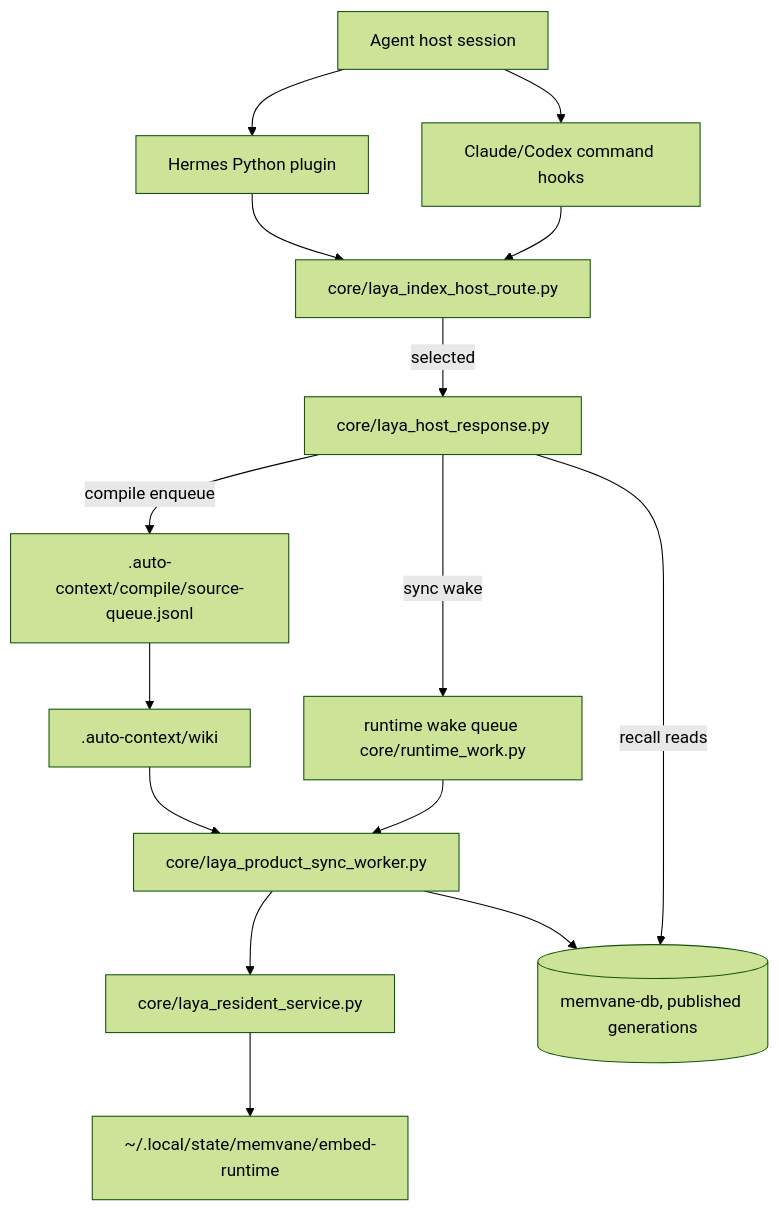
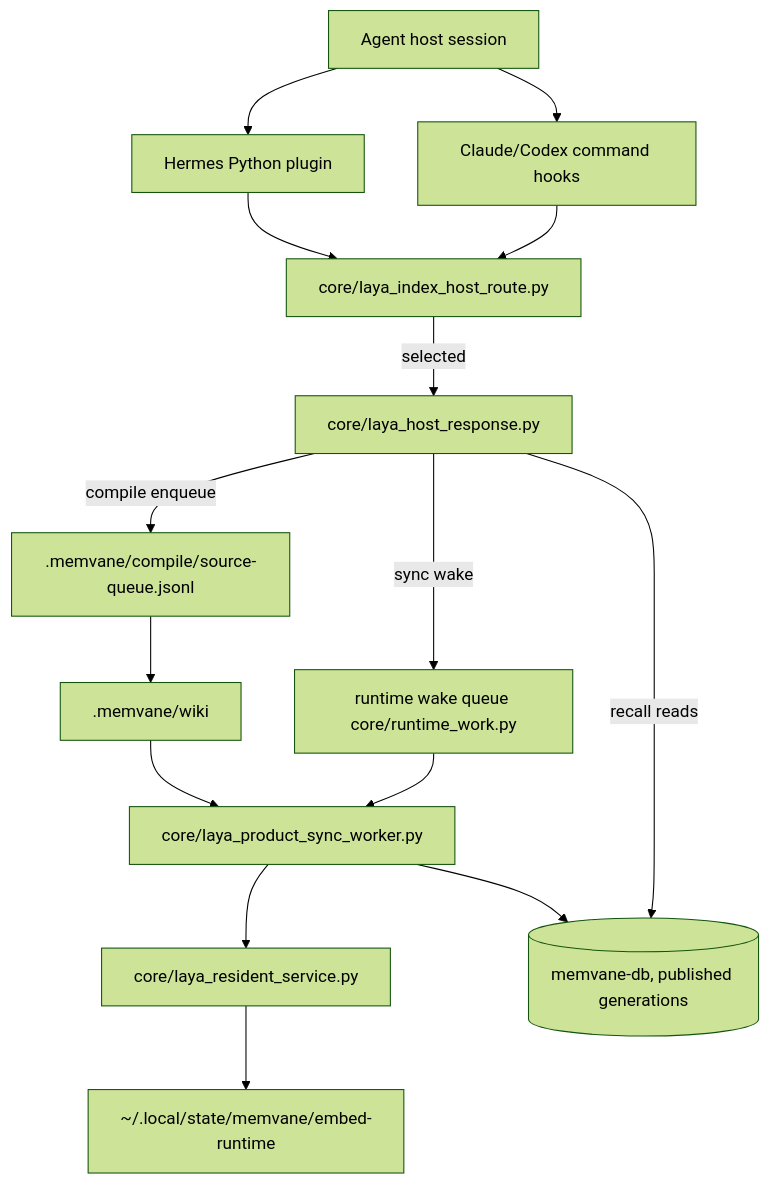
One commit to zbdulee/memvane changed the diagram in docs/architecture.md. Above: the diagram before and after it, drawn with Mermaid (forest theme). The commit also changed other lines of this file and 30 other files, not shown here.

````diff
--- a/docs/architecture.md
+++ b/docs/architecture.md
@@ -83,30 +83,30 @@
 ```mermaid
 flowchart TD
     User[Agent host session]
     Claude[Claude/Codex command hooks]
     Hermes[Hermes Python plugin]
     Route[core/laya_index_host_route.py]
     Resp[core/laya_host_response.py]
     Wakes[runtime wake queue core/runtime_work.py]
     Sync[core/laya_product_sync_worker.py]
     Resident[core/laya_resident_service.py]
     Embed[~/.local/state/memvane/embed-runtime]
     Index[(memvane-db, published generations)]
-    CompileQ[.auto-context/compile/source-queue.jsonl]
-    Wiki[.auto-context/wiki]
+    CompileQ[.memvane/compile/source-queue.jsonl]
+    Wiki[.memvane/wiki]
 
     User --> Claude
     User --> Hermes
     Claude --> Route
     Hermes --> Route
     Route -->|selected| Resp
     Resp -->|recall reads| Index
     Resp -->|sync wake| Wakes
     Resp -->|compile enqueue| CompileQ
     Wakes --> Sync
     Sync --> Resident
     Resident --> Embed
     Sync --> Index
     CompileQ --> Wiki
     Wiki --> Sync
 ```
````
